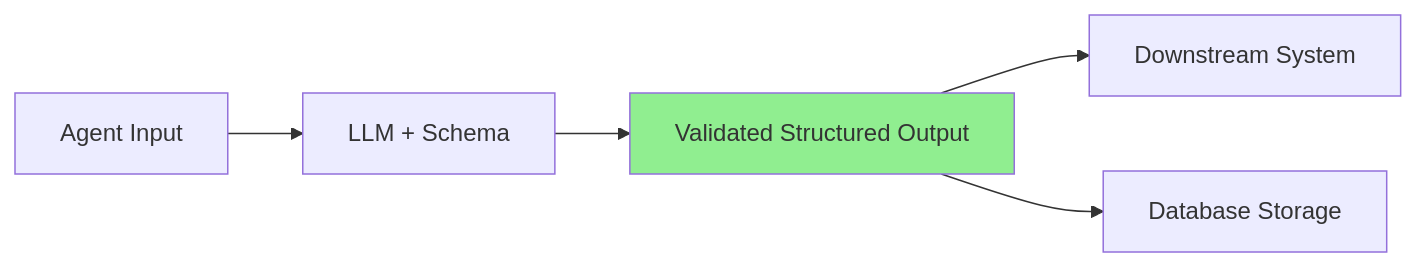
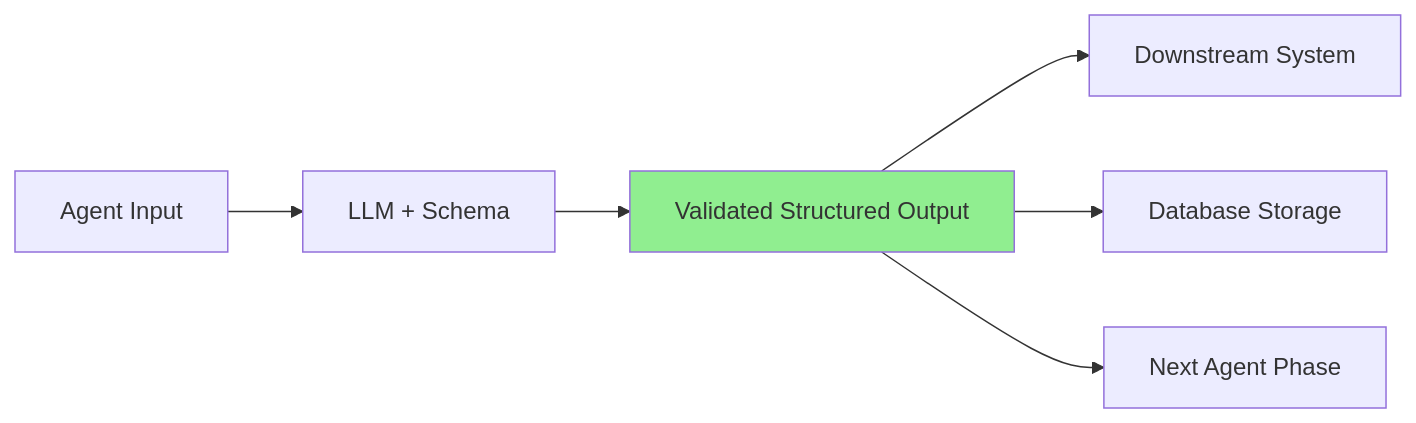
One commit to iromu/awesome-qwen changed the diagram in skills/agentic-patterns-extra/reference/reliability-eval/structured-output-specification.md. Above: the diagram before and after it, drawn with Mermaid. The commit also changed other lines of this file and 141 other files, not shown here.

````diff
--- a/skills/agentic-patterns-extra/reference/reliability-eval/structured-output-specification.md
+++ b/skills/agentic-patterns-extra/reference/reliability-eval/structured-output-specification.md
@@ -74,9 +97,10 @@
 ```mermaid
 graph LR
     A[Agent Input] --> B[LLM + Schema]
     B --> C[Validated Structured Output]
     C --> D[Downstream System]
     C --> E[Database Storage]
+    C --> F[Next Agent Phase]
 
     style C fill:#90EE90
 ```
````
